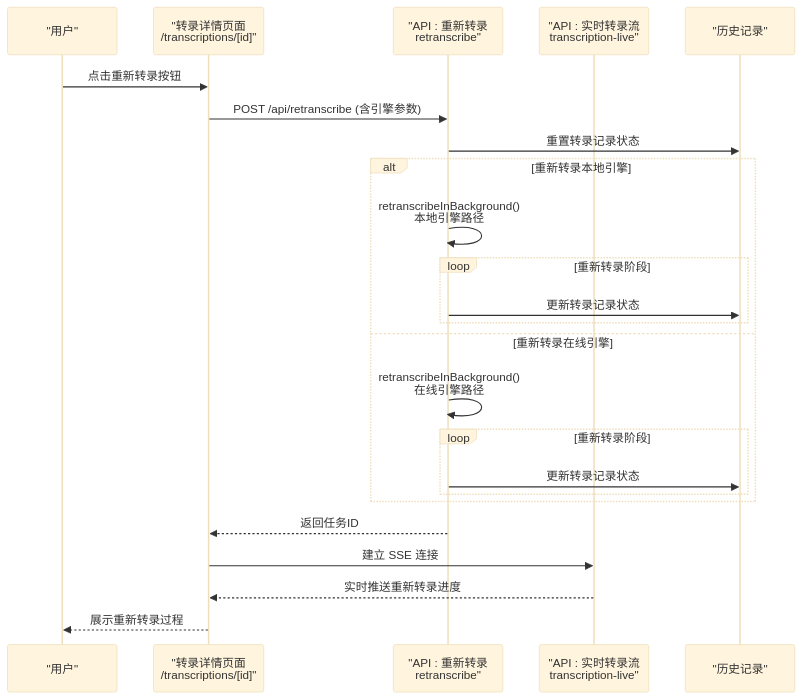
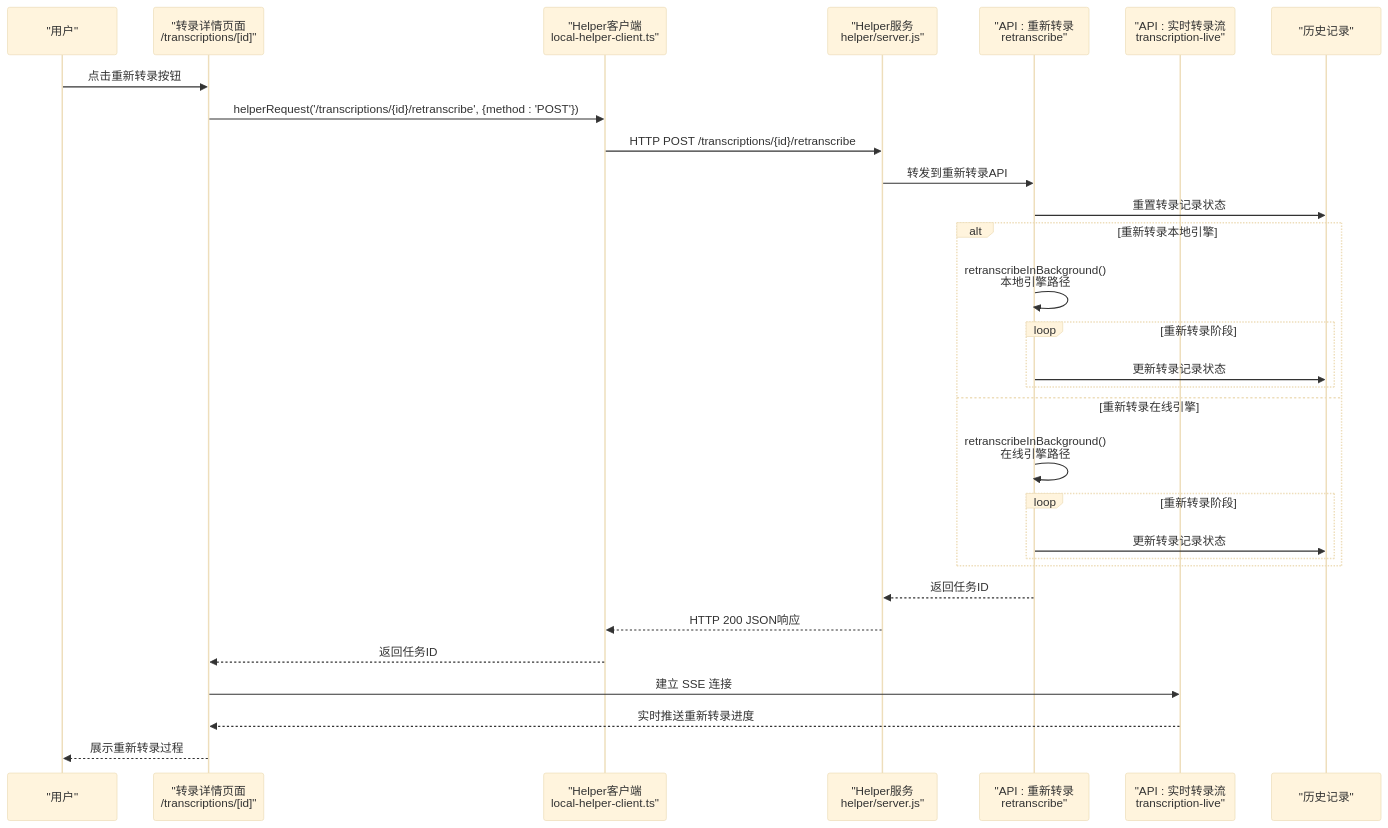
One commit to clawbotai/memo-flow changed diagram 13 of 25 in .qoder/repowiki/zh/content/核心功能模块/播客转录功能.md. Above: the diagram before and after it, drawn with Mermaid (base theme). The commit also changed other lines of this file and 5 other files, not shown here.

````diff
--- a/.qoder/repowiki/zh/content/核心功能模块/播客转录功能.md
+++ b/.qoder/repowiki/zh/content/核心功能模块/播客转录功能.md
@@ -484,26 +633,32 @@
 ```mermaid
 sequenceDiagram
 participant U as "用户"
 participant D as "转录详情页面<br/>/transcriptions/[id]"
+participant HC as "Helper客户端<br/>local-helper-client.ts"
+participant HS as "Helper服务<br/>helper/server.js"
 participant A1 as "API : 重新转录<br/>retranscribe"
 participant A2 as "API : 实时转录流<br/>transcription-live"
 participant H as "历史记录"
 U->>D : 点击重新转录按钮
-D->>A1 : POST /api/retranscribe (含引擎参数)
+D->>HC : helperRequest('/transcriptions/{id}/retranscribe', {method : 'POST'})
+HC->>HS : HTTP POST /transcriptions/{id}/retranscribe
+HS->>A1 : 转发到重新转录API
 A1->>H : 重置转录记录状态
 Alt 重新转录本地引擎
 A1->>A1 : retranscribeInBackground()<br/>本地引擎路径
 loop 重新转录阶段
 A1->>H : 更新转录记录状态
 end
 Else 重新转录在线引擎
 A1->>A1 : retranscribeInBackground()<br/>在线引擎路径
 loop 重新转录阶段
 A1->>H : 更新转录记录状态
 end
 End
-A1-->>D : 返回任务ID
+A1-->>HS : 返回任务ID
+HS-->>HC : HTTP 200 JSON响应
+HC-->>D : 返回任务ID
 D->>A2 : 建立 SSE 连接
 A2-->>D : 实时推送重新转录进度
 D-->>U : 展示重新转录过程
 ```
````
